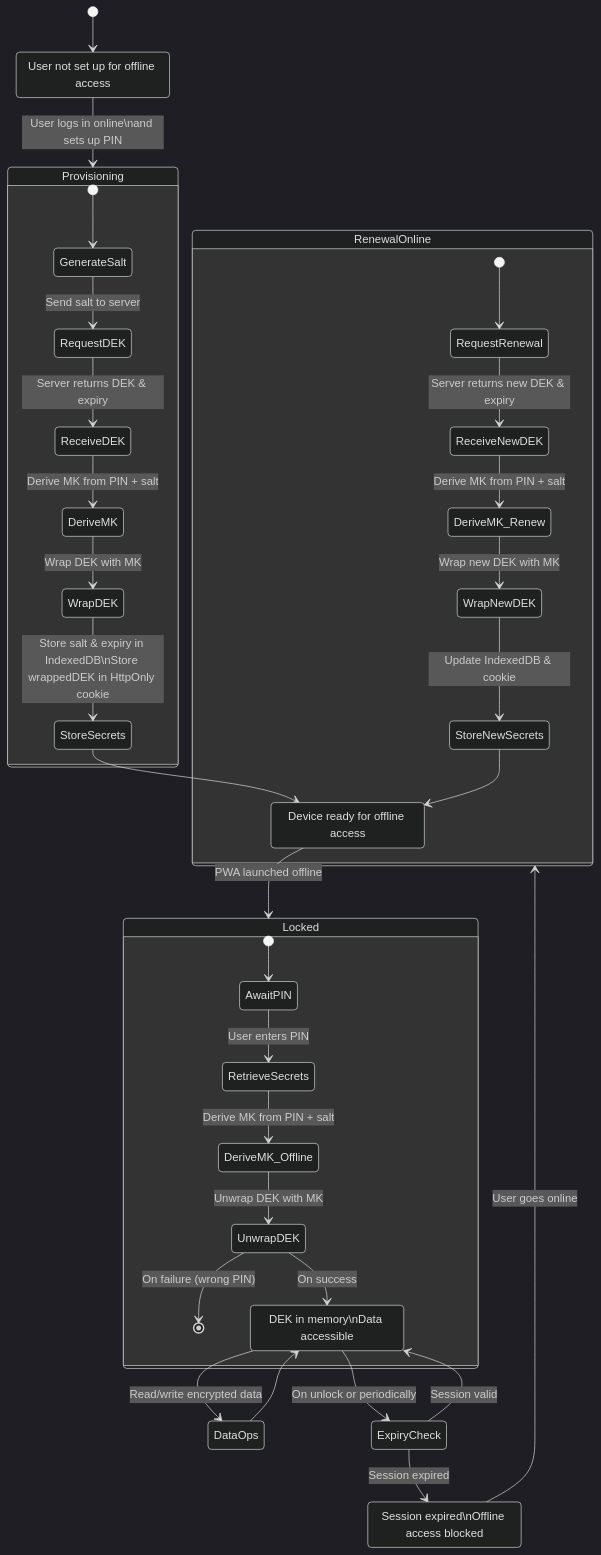
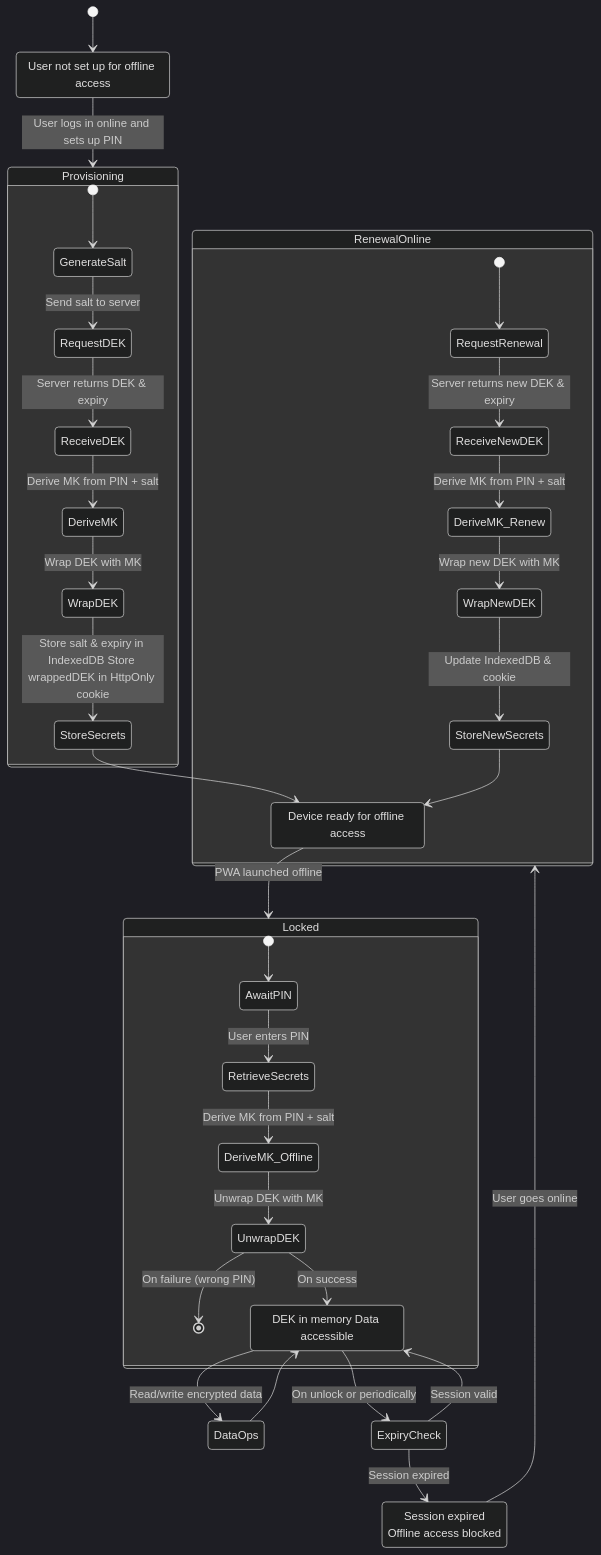
One commit to WPacFIN/encrypted-client-poc changed the diagram in state-diagram.md. Above: the diagram before and after it, drawn with Mermaid (dark theme).

Commit message:
remove newlines

````diff
--- a/state-diagram.md
+++ b/state-diagram.md
@@ -1,55 +1,55 @@
 ```mermaid
 stateDiagram-v2
 [*] --> Unprovisioned
 
     Unprovisioned: User not set up for offline access
 
-    Unprovisioned --> Provisioning : User logs in online\nand sets up PIN
+    Unprovisioned --> Provisioning : User logs in online and sets up PIN
 
     state Provisioning {
         [*] --> GenerateSalt
         GenerateSalt --> RequestDEK : Send salt to server
         RequestDEK --> ReceiveDEK : Server returns DEK & expiry
         ReceiveDEK --> DeriveMK : Derive MK from PIN + salt
         DeriveMK --> WrapDEK : Wrap DEK with MK
-        WrapDEK --> StoreSecrets : Store salt & expiry in IndexedDB\nStore wrappedDEK in HttpOnly cookie
+        WrapDEK --> StoreSecrets : Store salt & expiry in IndexedDB Store wrappedDEK in HttpOnly cookie
         StoreSecrets --> Provisioned
     }
 
     Provisioned: Device ready for offline access
 
     Provisioned --> Locked : PWA launched offline
 
     state Locked {
         [*] --> AwaitPIN
         AwaitPIN --> RetrieveSecrets : User enters PIN
         RetrieveSecrets --> DeriveMK_Offline : Derive MK from PIN + salt
         DeriveMK_Offline --> UnwrapDEK : Unwrap DEK with MK
         UnwrapDEK --> [*] : On failure (wrong PIN)
         UnwrapDEK --> SessionActive : On success
     }
 
-    SessionActive: DEK in memory\nData accessible
+    SessionActive: DEK in memory Data accessible
 
     SessionActive --> DataOps : Read/write encrypted data
 
     DataOps --> SessionActive
 
     SessionActive --> ExpiryCheck : On unlock or periodically
 
     ExpiryCheck --> SessionActive : Session valid
     ExpiryCheck --> Expired : Session expired
 
-    Expired: Session expired\nOffline access blocked
+    Expired: Session expired<br>Offline access blocked
 
     Expired --> RenewalOnline : User goes online
 
     state RenewalOnline {
         [*] --> RequestRenewal
         RequestRenewal --> ReceiveNewDEK : Server returns new DEK & expiry
         ReceiveNewDEK --> DeriveMK_Renew : Derive MK from PIN + salt
         DeriveMK_Renew --> WrapNewDEK : Wrap new DEK with MK
         WrapNewDEK --> StoreNewSecrets : Update IndexedDB & cookie
         StoreNewSecrets --> Provisioned
     }
 ```
````
